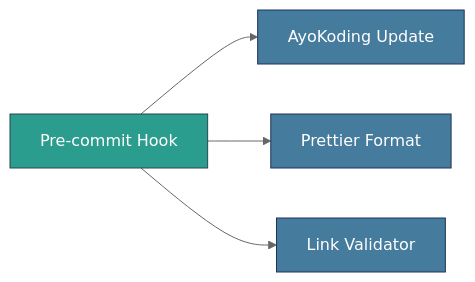
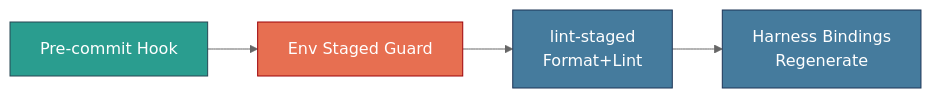
One commit to wahidyankf/baseerah changed the second of 4 diagrams in docs/reference/system-architecture/ci-cd.md. Above: the diagram before and after it, drawn with Mermaid (neutral theme). The commit also changed other lines of this file and 2059 other files, not shown here.

````diff
--- a/docs/reference/system-architecture/ci-cd.md
+++ b/docs/reference/system-architecture/ci-cd.md
@@ -42,16 +51,16 @@
 ```mermaid
 graph LR
     PRE_COMMIT[Pre-commit Hook]
-    AYOKODING[AyoKoding Update]
-    PRETTIER[Prettier Format]
-    LINK_VAL[Link Validator]
+    ENV_GUARD[Env Staged Guard]
+    LINT_STAGED[lint-staged<br/>Format+Lint]
+    BINDINGS[Harness Bindings<br/>Regenerate]
 
-    PRE_COMMIT --> AYOKODING
-    PRE_COMMIT --> PRETTIER
-    PRE_COMMIT --> LINK_VAL
+    PRE_COMMIT --> ENV_GUARD
+    ENV_GUARD --> LINT_STAGED
+    LINT_STAGED --> BINDINGS
 
     style PRE_COMMIT fill:#2a9d8f,stroke:#264653,color:#ffffff
-    style PRETTIER fill:#457b9d,stroke:#1d3557,color:#ffffff
-    style AYOKODING fill:#457b9d,stroke:#1d3557,color:#ffffff
-    style LINK_VAL fill:#457b9d,stroke:#1d3557,color:#ffffff
+    style ENV_GUARD fill:#e76f51,stroke:#9d0208,color:#ffffff
+    style LINT_STAGED fill:#457b9d,stroke:#1d3557,color:#ffffff
+    style BINDINGS fill:#457b9d,stroke:#1d3557,color:#ffffff
 ```
````
